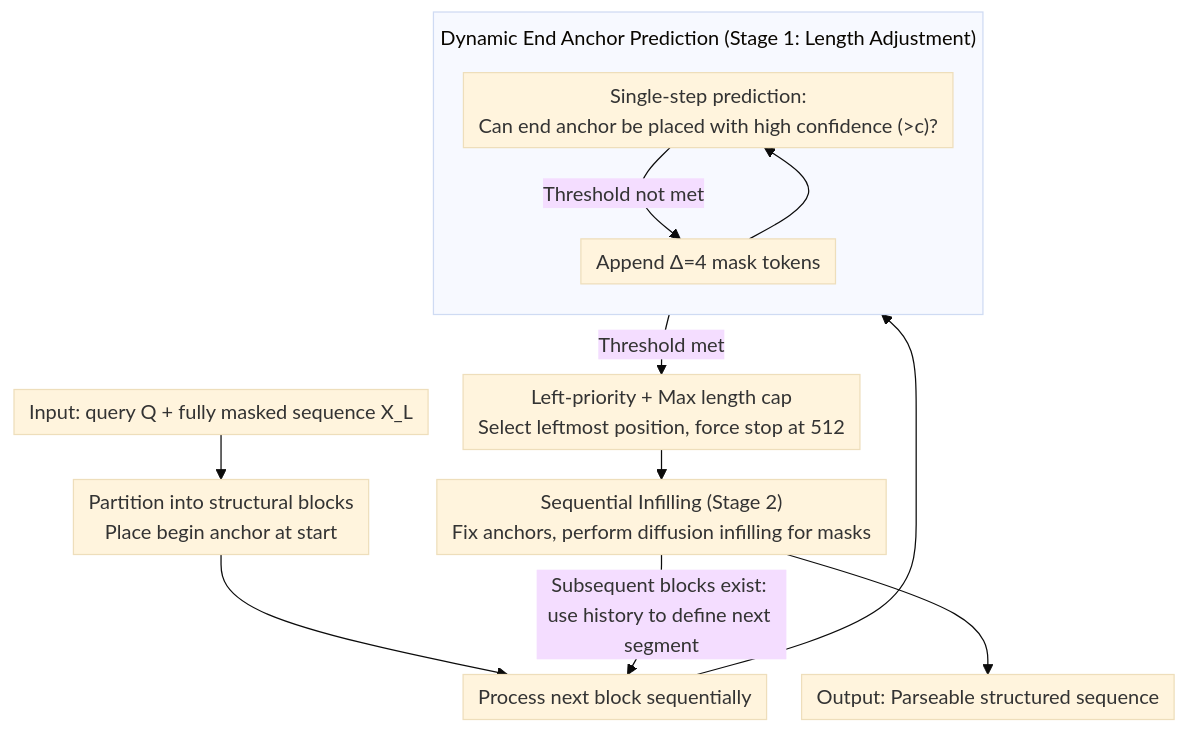
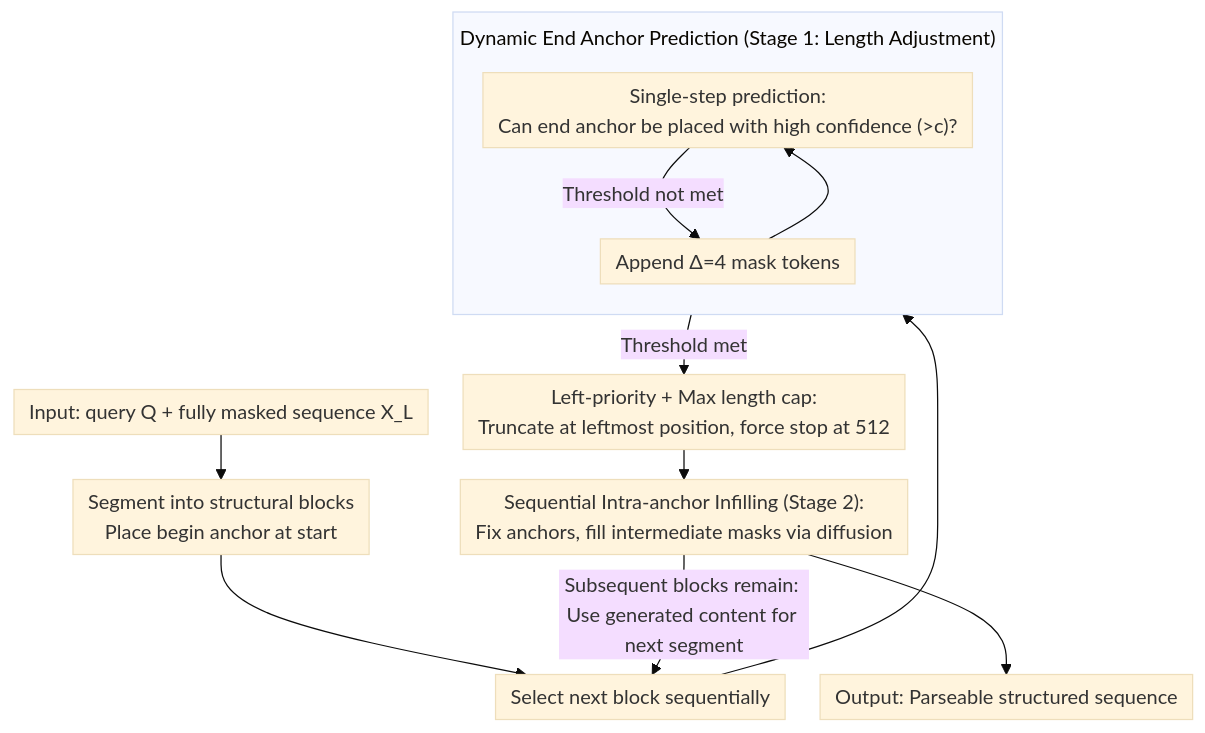
One commit to zhaoyang97/Paper-Notes-en changed the diagram in docs/ACL2026/llm_evaluation/dynamic_infilling_anchors_for_format-constrained_generation_in_diffusion_large_l.md. Above: the diagram before and after it, drawn with Mermaid (base theme). The commit also changed other lines of this file and 5084 other files, not shown here.

````diff
--- a/docs/ACL2026/llm_evaluation/dynamic_infilling_anchors_for_format-constrained_generation_in_diffusion_large_l.md
+++ b/docs/ACL2026/llm_evaluation/dynamic_infilling_anchors_for_format-constrained_generation_in_diffusion_large_l.md
@@ -43,17 +43,17 @@
 ```mermaid
 %%{init: {'flowchart': {'rankSpacing': 24, 'nodeSpacing': 28, 'padding': 6, 'wrappingWidth': 400, 'subGraphTitleMargin': {'top': 8, 'bottom': 16}}}}%%
 flowchart TD
-    A["Input: query Q + fully masked sequence X_L"] --> B["Partition into structural blocks<br/>Place begin anchor at start"]
-    B --> C["Process next block sequentially"]
+    A["Input: query Q + fully masked sequence X_L"] --> B["Segment into structural blocks<br/>Place begin anchor at start"]
+    B --> C["Select next block sequentially"]
     subgraph S1["Dynamic End Anchor Prediction (Stage 1: Length Adjustment)"]
         direction TB
         D["Single-step prediction:<br/>Can end anchor be placed with high confidence (>c)?"]
         D -->|Threshold not met| E["Append Δ=4 mask tokens"]
         E --> D
     end
     C --> S1
-    S1 -->|Threshold met| F["Left-priority + Max length cap<br/>Select leftmost position, force stop at 512"]
-    F --> G["Sequential Infilling (Stage 2)<br/>Fix anchors, perform diffusion infilling for masks"]
-    G -->|Subsequent blocks exist: use history to define next segment| C
+    S1 -->|Threshold met| F["Left-priority + Max length cap:<br/>Truncate at leftmost position, force stop at 512"]
+    F --> G["Sequential Intra-anchor Infilling (Stage 2):<br/>Fix anchors, fill intermediate masks via diffusion"]
+    G -->|Subsequent blocks remain: Use generated content for next segment| C
     G --> H["Output: Parseable structured sequence"]
 ```
````
